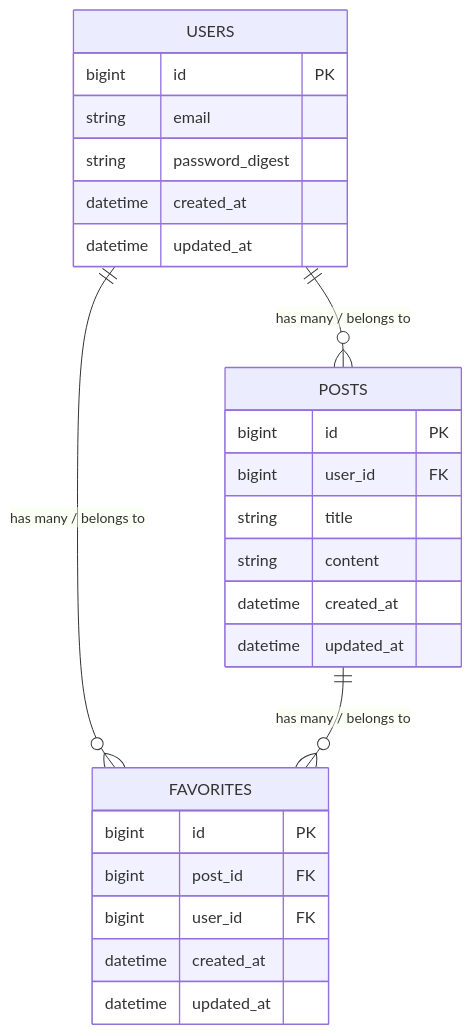
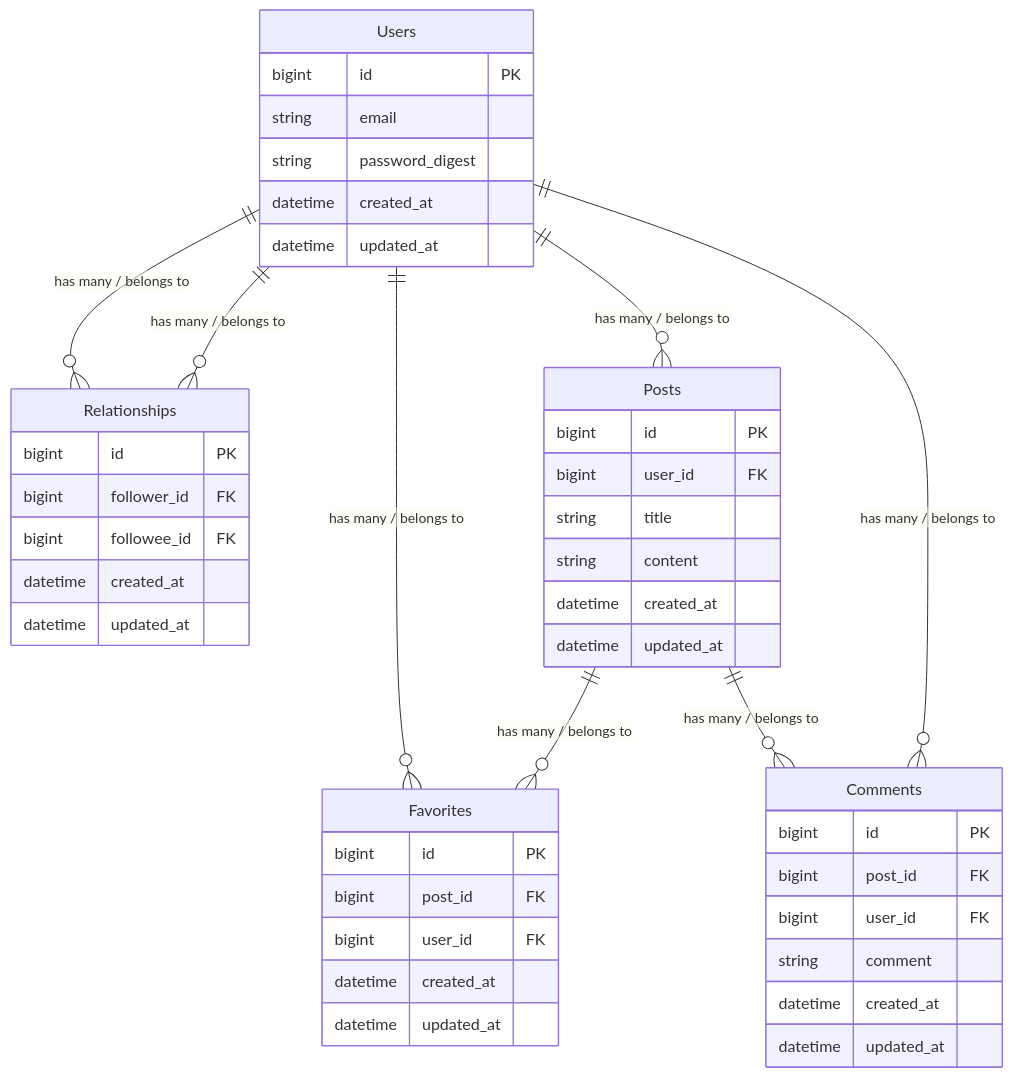
Before and after one commit to ok-os-job-change-team/tetsuya-twitter-clone-bootcamp: the diagram in er_diagram.md, drawn with Mermaid. The commit also changed other lines of this file and 25 other files, not shown here.

````diff
--- a/er_diagram.md
+++ b/er_diagram.md
@@ -1,33 +1,53 @@
 ```mermaid
 erDiagram
 
 %% 1:0or多
-USERS ||--o{ POSTS : "has many / belongs to"
-USERS ||--o{ FAVORITES : "has many / belongs to"
-POSTS ||--o{ FAVORITES : "has many / belongs to"
+Users ||--o{ Relationships : "has many / belongs to"
+Relationships }o--|| Users : "has many / belongs to"
+Users ||--o{ Posts : "has many / belongs to"
+Users ||--o{ Favorites : "has many / belongs to"
+Posts ||--o{ Favorites : "has many / belongs to"
+Posts ||--o{ Comments : "has many / belongs to"
+Users ||--o{ Comments : "has many / belongs to"
 
- USERS {
+Users {
   bigint id PK
   string email
   string password_digest
   datetime created_at
   datetime updated_at
 }
-
-POSTS {
+Posts {
   bigint id PK
   bigint user_id FK
   string title
   string content
   datetime created_at
   datetime updated_at
 }
 
-FAVORITES {
+Favorites {
   bigint id PK
   bigint post_id FK
   bigint user_id FK
   datetime created_at
   datetime updated_at
 }
+
+Relationships {
+  bigint id PK
+  bigint follower_id FK
+  bigint followee_id FK
+  datetime created_at
+  datetime updated_at
+}
+
+Comments {
+  bigint id PK
+  bigint post_id FK
+  bigint user_id FK
+  string comment
+  datetime created_at
+  datetime updated_at
+}
 ```
````
